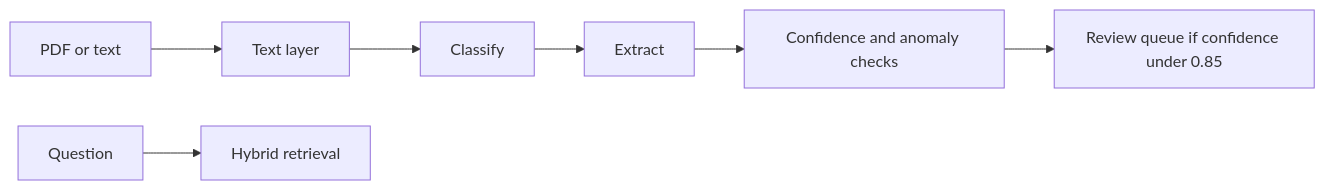
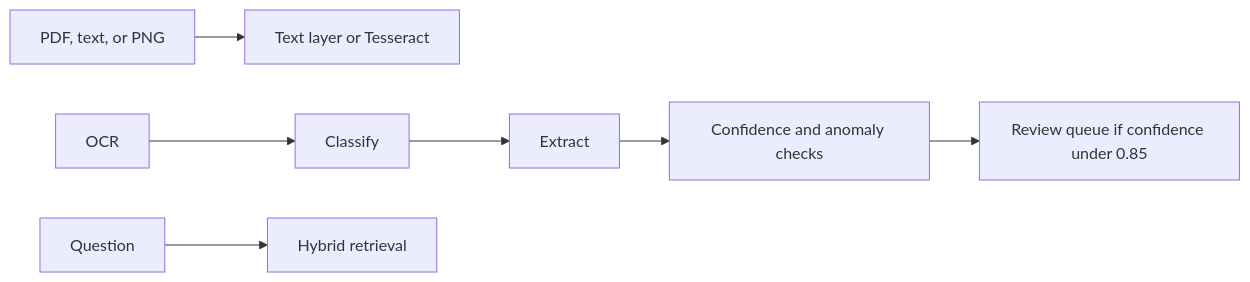
Before and after one commit to AsrithaReddy-123/financial-document-agent: the diagram in README.md, drawn with Mermaid. The commit also changed other lines of this file and 8 other files, not shown here.

Commit message:
Add Tesseract OCR, license, and the measured extraction results on the README.

````diff
--- a/README.md
+++ b/README.md
@@ -7,9 +23,9 @@
 ```mermaid
 flowchart LR
-  Doc[PDF or text] --> OCR[Text layer]
+  Doc[PDF, text, or PNG] --> Read[Text layer or Tesseract]
   OCR --> C[Classify]
   C --> E[Extract]
   E --> V[Confidence and anomaly checks]
   V --> R[Review queue if confidence under 0.85]
   Q[Question] --> H[Hybrid retrieval]
 ```
````
